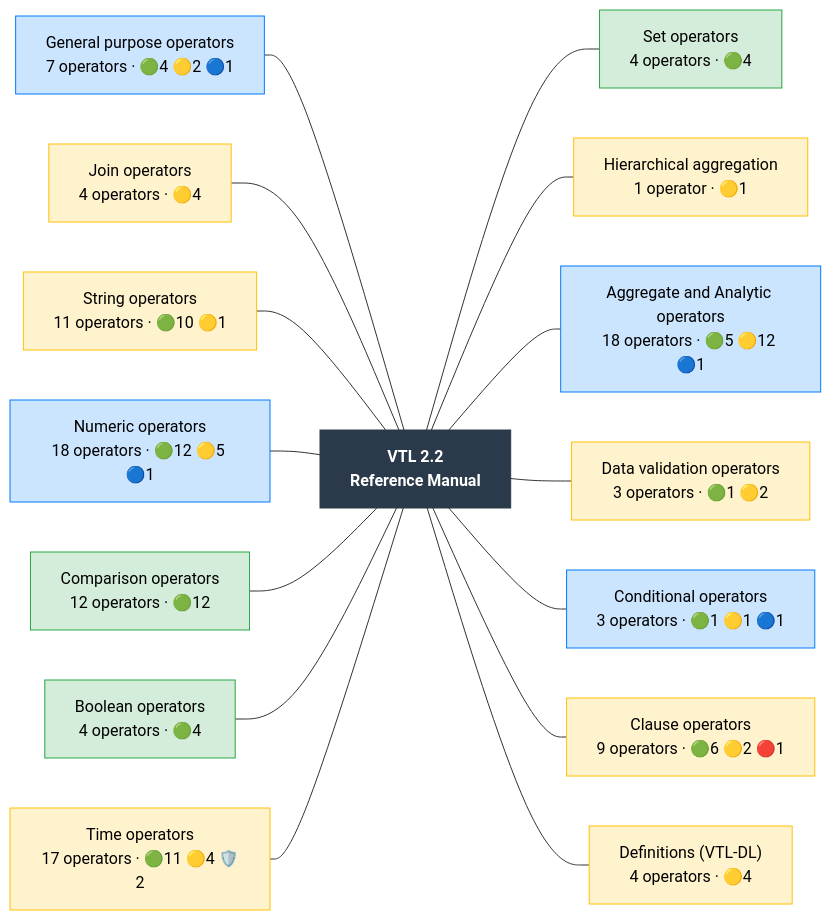
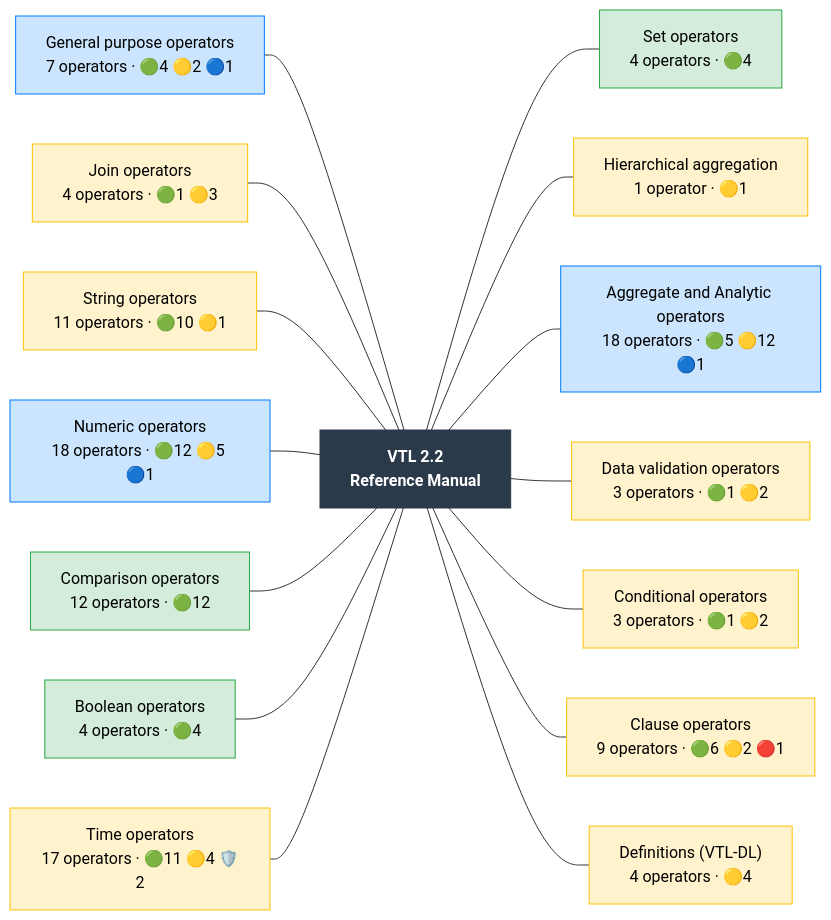
One commit to Meaningful-Data/vtlengine changed the diagram in docs/operator_map/overview.rst. Above: the diagram before and after it, drawn with Mermaid. The commit also changed other lines of this file and 161 other files, not shown here.

```diff
--- a/docs/operator_map/overview.rst
+++ b/docs/operator_map/overview.rst
@@ -30,54 +30,54 @@
 .. mermaid::
    :config: {"flowchart": {"useMaxWidth": false}}
 
    flowchart LR
        classDef ok fill:#d4edda,stroke:#28a745,color:#000
        classDef partial fill:#fff3cd,stroke:#ffc107,color:#000
        classDef refused fill:#d4edda,stroke:#28a745,stroke-width:3px,stroke-dasharray: 2 2,color:#000
        classDef missing fill:#f8d7da,stroke:#dc3545,color:#000
        classDef diverge fill:#cce5ff,stroke:#007bff,color:#000
        classDef block fill:#2b3a4a,stroke:#2b3a4a,color:#fff,font-weight:bold
        classDef ext fill:#fff,stroke:#666,color:#000,stroke-dasharray: 5 5
        R["VTL 2.2<br/>Reference Manual"]:::block
        chapter__general["General purpose operators<br/>7 operators · 🟢4 🟡2 🔵1"]:::diverge
-       chapter__join["Join operators<br/>4 operators · 🟡4"]:::partial
+       chapter__join["Join operators<br/>4 operators · 🟢1 🟡3"]:::partial
        chapter__string["String operators<br/>11 operators · 🟢10 🟡1"]:::partial
        chapter__numeric["Numeric operators<br/>18 operators · 🟢12 🟡5 🔵1"]:::diverge
        chapter__comparison["Comparison operators<br/>12 operators · 🟢12"]:::ok
        chapter__boolean["Boolean operators<br/>4 operators · 🟢4"]:::ok
        chapter__time["Time operators<br/>17 operators · 🟢11 🟡4 🛡️2"]:::partial
        chapter__set["Set operators<br/>4 operators · 🟢4"]:::ok
        chapter__hierarchy["Hierarchical aggregation<br/>1 operator · 🟡1"]:::partial
        chapter__aggregate["Aggregate and Analytic operators<br/>18 operators · 🟢5 🟡12 🔵1"]:::diverge
        chapter__validation["Data validation operators<br/>3 operators · 🟢1 🟡2"]:::partial
-       chapter__conditional["Conditional operators<br/>3 operators · 🟢1 🟡1 🔵1"]:::diverge
+       chapter__conditional["Conditional operators<br/>3 operators · 🟢1 🟡2"]:::partial
        chapter__clause["Clause operators<br/>9 operators · 🟢6 🟡2 🔴1"]:::partial
        chapter__definitions["Definitions (VTL-DL)<br/>4 operators · 🟡4"]:::partial
        chapter__general --- R
        chapter__join --- R
        chapter__string --- R
        chapter__numeric --- R
        chapter__comparison --- R
        chapter__boolean --- R
        chapter__time --- R
        R --- chapter__set
        R --- chapter__hierarchy
        R --- chapter__aggregate
        R --- chapter__validation
        R --- chapter__conditional
        R --- chapter__clause
        R --- chapter__definitions
        click chapter__general href "general/index.html"
        click chapter__join href "join/index.html"
        click chapter__string href "string/index.html"
        click chapter__numeric href "numeric/index.html"
        click chapter__comparison href "comparison/index.html"
        click chapter__boolean href "boolean/index.html"
        click chapter__time href "time/index.html"
        click chapter__set href "set/index.html"
        click chapter__hierarchy href "hierarchy/index.html"
        click chapter__aggregate href "aggregate/index.html"
        click chapter__validation href "validation/index.html"
        click chapter__conditional href "conditional/index.html"
        click chapter__clause href "clause/index.html"
        click chapter__definitions href "definitions/index.html"
```
